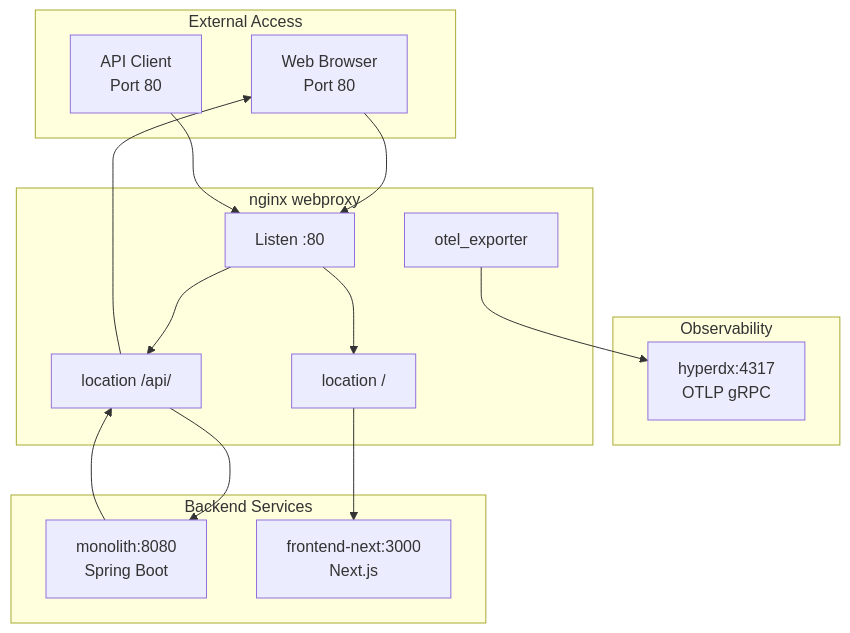
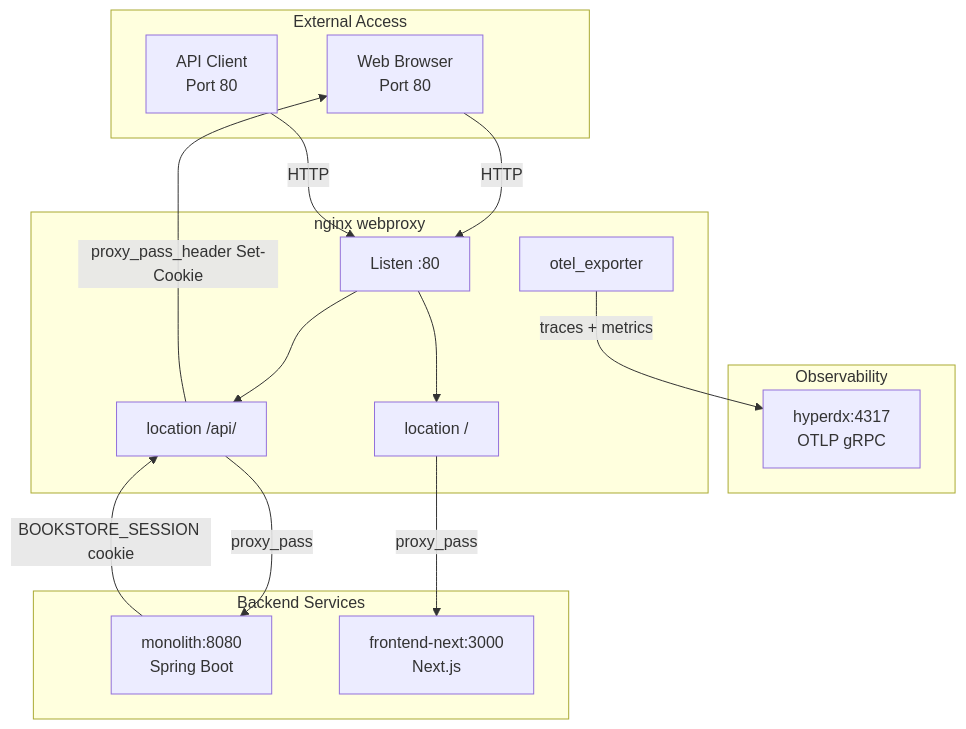
One commit to philipz/spring-modular-monolith changed the fifth of 5 diagrams in docs/deepwiki/Nginx-Reverse-Proxy.md. Above: the diagram before and after it, drawn with Mermaid. The commit also changed other lines of this file and 55 other files, not shown here.

````diff
--- a/docs/deepwiki/Nginx-Reverse-Proxy.md
+++ b/docs/deepwiki/Nginx-Reverse-Proxy.md
@@ -463,44 +463,44 @@
 ```mermaid
 flowchart TD
 
 Browser["Web Browser<br>Port 80"]
 APIClient["API Client<br>Port 80"]
 NginxPort80["Listen :80"]
 LocationAPI["location /api/"]
 LocationRoot["location /"]
 OTelExporter["otel_exporter"]
 Monolith["monolith:8080<br>Spring Boot"]
 Frontend["frontend-next:3000<br>Next.js"]
 HyperDX["hyperdx:4317<br>OTLP gRPC"]
 
-Browser --> NginxPort80
-APIClient --> NginxPort80
-LocationAPI --> Monolith
-LocationRoot --> Frontend
-OTelExporter --> HyperDX
-Monolith --> LocationAPI
-LocationAPI --> Browser
+Browser -->|"HTTP"| NginxPort80
+APIClient -->|"HTTP"| NginxPort80
+LocationAPI -->|"proxy_pass"| Monolith
+LocationRoot -->|"proxy_pass"| Frontend
+OTelExporter -->|"traces + metrics"| HyperDX
+Monolith -->|"BOOKSTORE_SESSION cookie"| LocationAPI
+LocationAPI -->|"proxy_pass_header Set-Cookie"| Browser
 
 subgraph Observability ["Observability"]
     HyperDX
 end
 
 subgraph subGraph2 ["Backend Services"]
     Monolith
     Frontend
 end
 
 subgraph subGraph1 ["nginx webproxy"]
     NginxPort80
     LocationAPI
     LocationRoot
     OTelExporter
     NginxPort80 --> LocationAPI
     NginxPort80 --> LocationRoot
 end
 
 subgraph subGraph0 ["External Access"]
     Browser
     APIClient
 end
 ```
````
